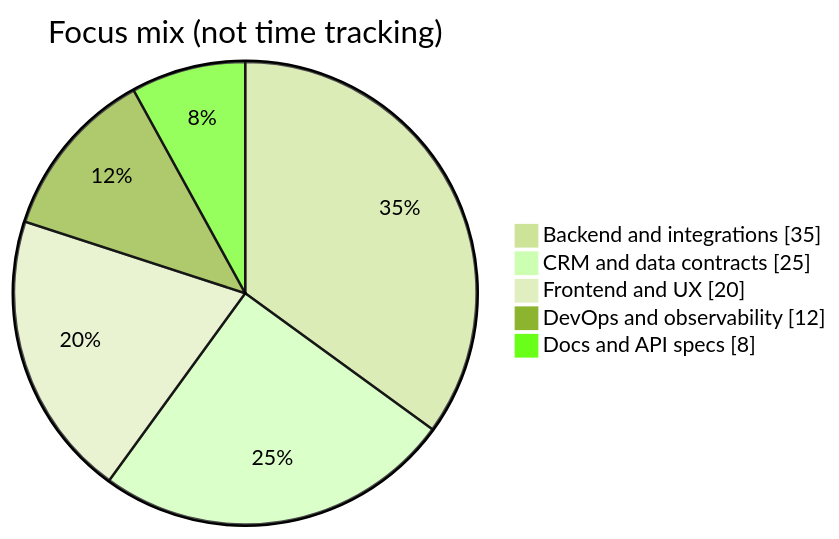
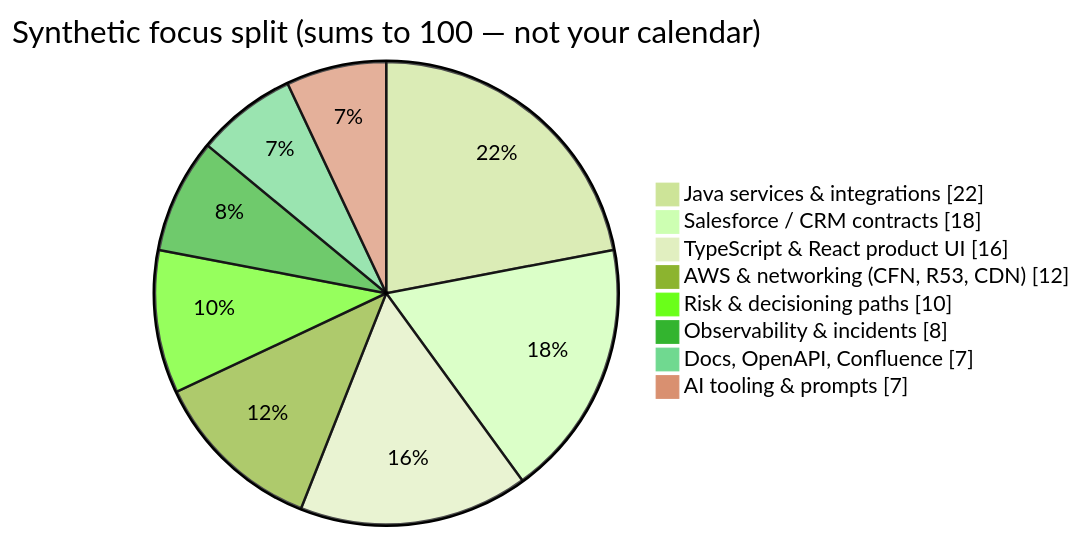
The first of 7 diagrams in README.md (tomm1990/tomm1990), drawn with Mermaid (forest theme) before and after one commit. The commit also changed other lines of this file, not shown here.

First line of the commit message:
docs(profile): rich mock Mermaid demos and live-widget labels

````diff
--- a/README.md
+++ b/README.md
@@ -149,9 +157,12 @@
 ```mermaid
 pie showData
-    title Focus mix (not time tracking)
-    "Backend and integrations" : 35
-    "CRM and data contracts" : 25
-    "Frontend and UX" : 20
-    "DevOps and observability" : 12
-    "Docs and API specs" : 8
+    title Synthetic focus split (sums to 100 — not your calendar)
+    "Java services & integrations" : 22
+    "Salesforce / CRM contracts" : 18
+    "TypeScript & React product UI" : 16
+    "AWS & networking (CFN, R53, CDN)" : 12
+    "Risk & decisioning paths" : 10
+    "Observability & incidents" : 8
+    "Docs, OpenAPI, Confluence" : 7
+    "AI tooling & prompts" : 7
 ```
````
